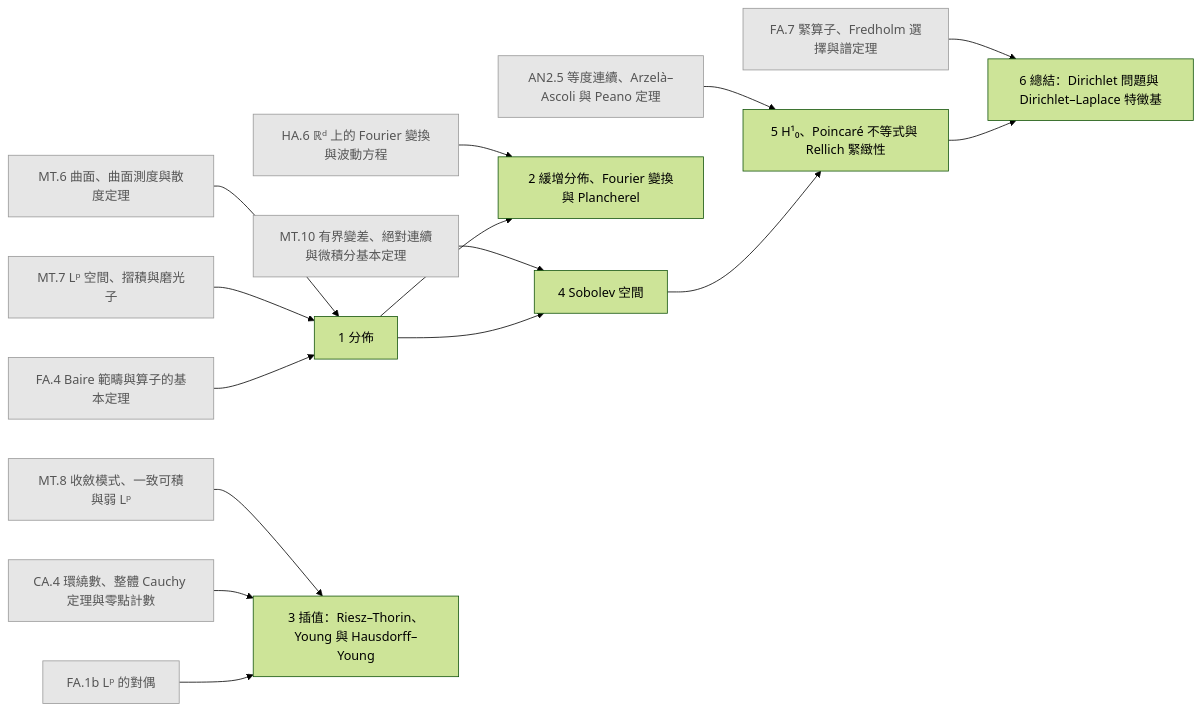
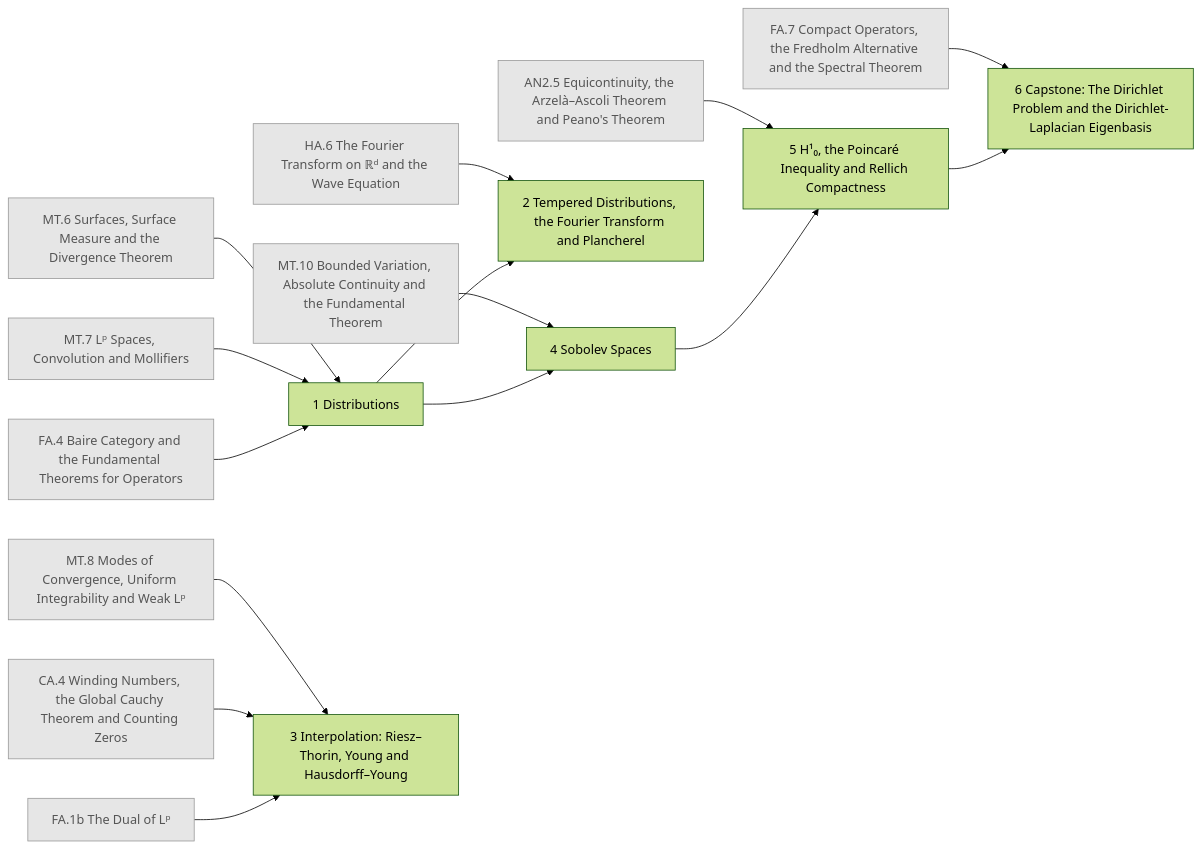
Before and after one commit to AkizumiFox/math-atlas: the diagram in generated/chapters/PDE.mmd, drawn with Mermaid (forest theme). The commit also changed 36 other files, not shown here.

```diff
--- a/generated/chapters/PDE.mmd
+++ b/generated/chapters/PDE.mmd
@@ -1,34 +1,34 @@
 flowchart LR
-  AN2_5["AN2.5 等度連續、Arzelà–Ascoli 與 Peano 定理"]:::ext
-  HA_6["HA.6 ℝᵈ 上的 Fourier 變換與波動方程"]:::ext
-  MT_6["MT.6 曲面、曲面測度與散度定理"]:::ext
-  MT_7["MT.7 Lᵖ 空間、摺積與磨光子"]:::ext
-  MT_8["MT.8 收斂模式、一致可積與弱 Lᵖ"]:::ext
-  MT_10["MT.10 有界變差、絕對連續與微積分基本定理"]:::ext
-  CA_4["CA.4 環繞數、整體 Cauchy 定理與零點計數"]:::ext
-  FA_1b["FA.1b Lᵖ 的對偶"]:::ext
-  FA_4["FA.4 Baire 範疇與算子的基本定理"]:::ext
-  FA_7["FA.7 緊算子、Fredholm 選擇與譜定理"]:::ext
-  PDE_1["1 分佈"]
-  PDE_2["2 緩增分佈、Fourier 變換與 Plancherel"]
-  PDE_3["3 插值：Riesz–Thorin、Young 與 Hausdorff–Young"]
-  PDE_4["4 Sobolev 空間"]
-  PDE_5["5 H¹₀、Poincaré 不等式與 Rellich 緊緻性"]
-  PDE_6["6 總結：Dirichlet 問題與 Dirichlet–Laplace 特徵基"]
+  AN2_5["AN2.5 Equicontinuity, the Arzelà–Ascoli Theorem and Peano's Theorem"]:::ext
+  HA_6["HA.6 The Fourier Transform on ℝᵈ and the Wave Equation"]:::ext
+  MT_6["MT.6 Surfaces, Surface Measure and the Divergence Theorem"]:::ext
+  MT_7["MT.7 Lᵖ Spaces, Convolution and Mollifiers"]:::ext
+  MT_8["MT.8 Modes of Convergence, Uniform Integrability and Weak Lᵖ"]:::ext
+  MT_10["MT.10 Bounded Variation, Absolute Continuity and the Fundamental Theorem"]:::ext
+  CA_4["CA.4 Winding Numbers, the Global Cauchy Theorem and Counting Zeros"]:::ext
+  FA_1b["FA.1b The Dual of Lᵖ"]:::ext
+  FA_4["FA.4 Baire Category and the Fundamental Theorems for Operators"]:::ext
+  FA_7["FA.7 Compact Operators, the Fredholm Alternative and the Spectral Theorem"]:::ext
+  PDE_1["1 Distributions"]
+  PDE_2["2 Tempered Distributions, the Fourier Transform and Plancherel"]
+  PDE_3["3 Interpolation: Riesz–Thorin, Young and Hausdorff–Young"]
+  PDE_4["4 Sobolev Spaces"]
+  PDE_5["5 H¹₀, the Poincaré Inequality and Rellich Compactness"]
+  PDE_6["6 Capstone: The Dirichlet Problem and the Dirichlet-Laplacian Eigenbasis"]
   MT_6 --> PDE_1
   MT_7 --> PDE_1
   FA_4 --> PDE_1
   HA_6 --> PDE_2
   PDE_1 --> PDE_2
   MT_8 --> PDE_3
   CA_4 --> PDE_3
   FA_1b --> PDE_3
   MT_10 --> PDE_4
   PDE_1 --> PDE_4
   AN2_5 --> PDE_5
   PDE_4 --> PDE_5
   FA_7 --> PDE_6
   PDE_5 --> PDE_6
   classDef ext fill:#e6e6e6,stroke:#999,color:#555
   classDef opt fill:#fff,stroke:#999,stroke-dasharray:4 3,color:#555
   classDef segb fill:#f6f6fb,stroke:#99a,color:#333
```
